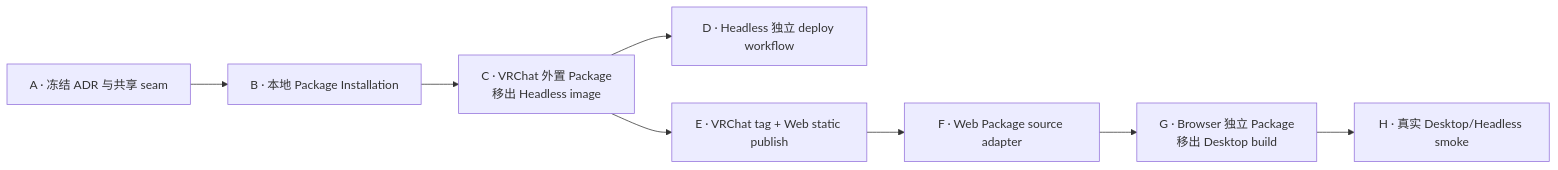
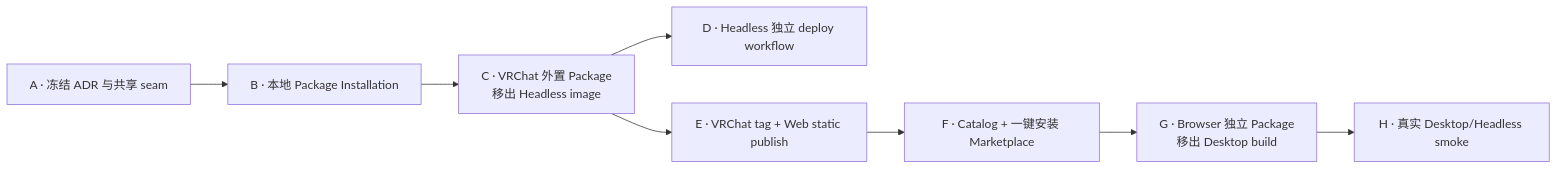
One commit to shenxianovo/Heartbeat changed the fourth of 4 diagrams in docs/architecture/collector-delivery-implementation-roadmap.md. Above: the diagram before and after it, drawn with Mermaid. The commit also changed other lines of this file and 5 other files, not shown here.

````diff
--- a/docs/architecture/collector-delivery-implementation-roadmap.md
+++ b/docs/architecture/collector-delivery-implementation-roadmap.md
@@ -134,10 +134,10 @@
 ```mermaid
 flowchart LR
     A["A · 冻结 ADR 与共享 seam"] --> B["B · 本地 Package Installation"]
     B --> C["C · VRChat 外置 Package<br/>移出 Headless image"]
     C --> D["D · Headless 独立 deploy workflow"]
     C --> E["E · VRChat tag + Web static publish"]
-    E --> F["F · Web Package source adapter"]
+    E --> F["F · Catalog + 一键安装 Marketplace"]
     F --> G["G · Browser 独立 Package<br/>移出 Desktop build"]
     G --> H["H · 真实 Desktop/Headless smoke"]
 ```
````
